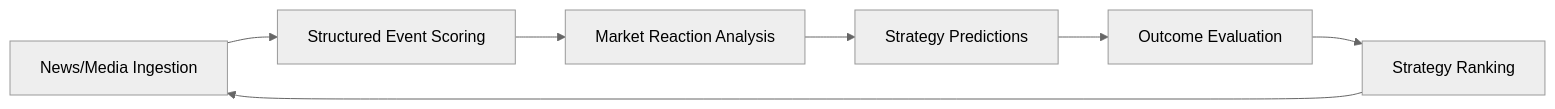
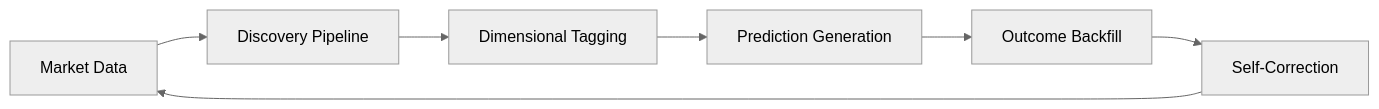
The diagram in README.md (nick227/alpha-engine), drawn with Mermaid (neutral theme) before and after one commit. The commit also changed other lines of this file and 99 other files, not shown here.

````diff
--- a/README.md
+++ b/README.md
@@ -14,9 +16,9 @@
 ```mermaid
 graph LR
-    A[News/Media Ingestion] --> B[Structured Event Scoring]
-    B --> C[Market Reaction Analysis]
-    C --> D[Strategy Predictions]
-    D --> E[Outcome Evaluation]
-    E --> F[Strategy Ranking]
+    A[Market Data] --> B[Discovery Pipeline]
+    B --> C[Dimensional Tagging]
+    C --> D[Prediction Generation]
+    D --> E[Outcome Backfill]
+    E --> F[Self-Correction]
     F --> A
 ```
````
